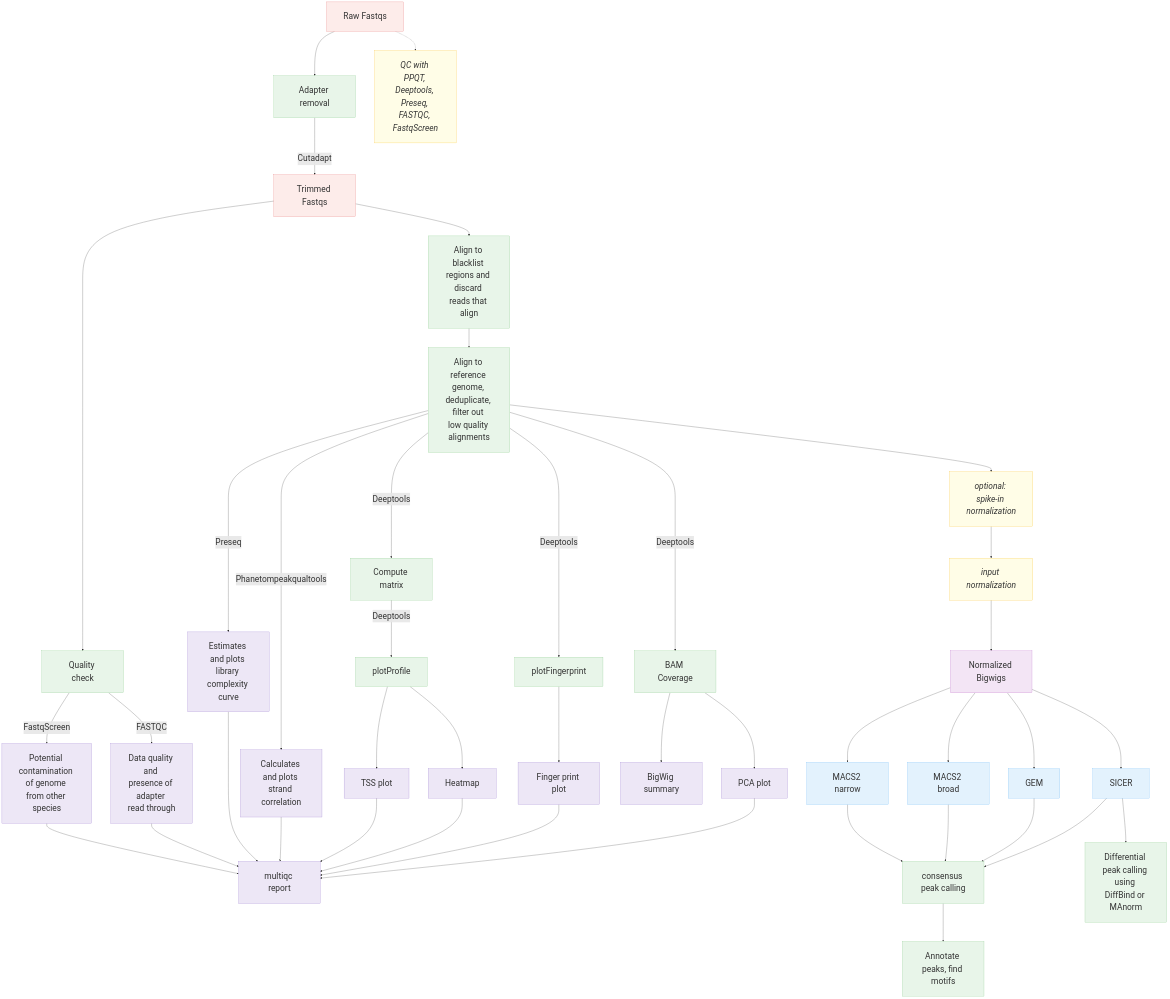
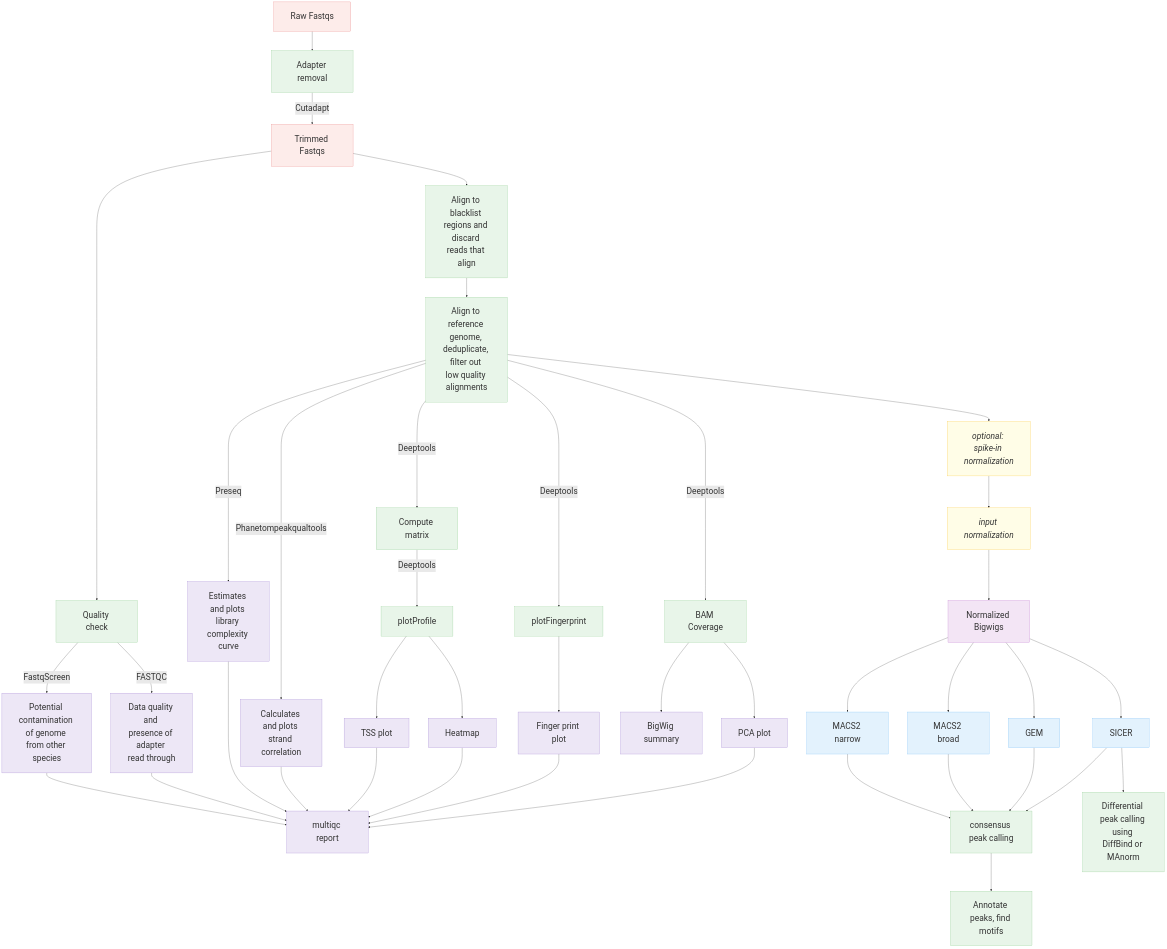
One commit to CCBR/CHAMPAGNE changed the first of 2 diagrams in docs/diagram/index.md. Above: the diagram before and after it, drawn with Mermaid.

Commit message:
Removed QC notes after FASTQC input (the yellow box in the previous version).

```diff
--- a/docs/diagram/index.md
+++ b/docs/diagram/index.md
@@ -18,8 +18,7 @@
   %% Input
   Raw["Raw Fastqs"]:::input --> Trimming["Adapter removal"]:::process
   Trimming --> |Cutadapt| Trimmed["Trimmed Fastqs"]:::input
-  Raw -.-> QCnote["QC with PPQT, Deeptools, Preseq, FASTQC, FastqScreen"]:::note
-  
+   
   %% Quality Control
   Trimmed --> QC["Quality check"]:::process
   MultiQC["multiqc report"]:::output
```
